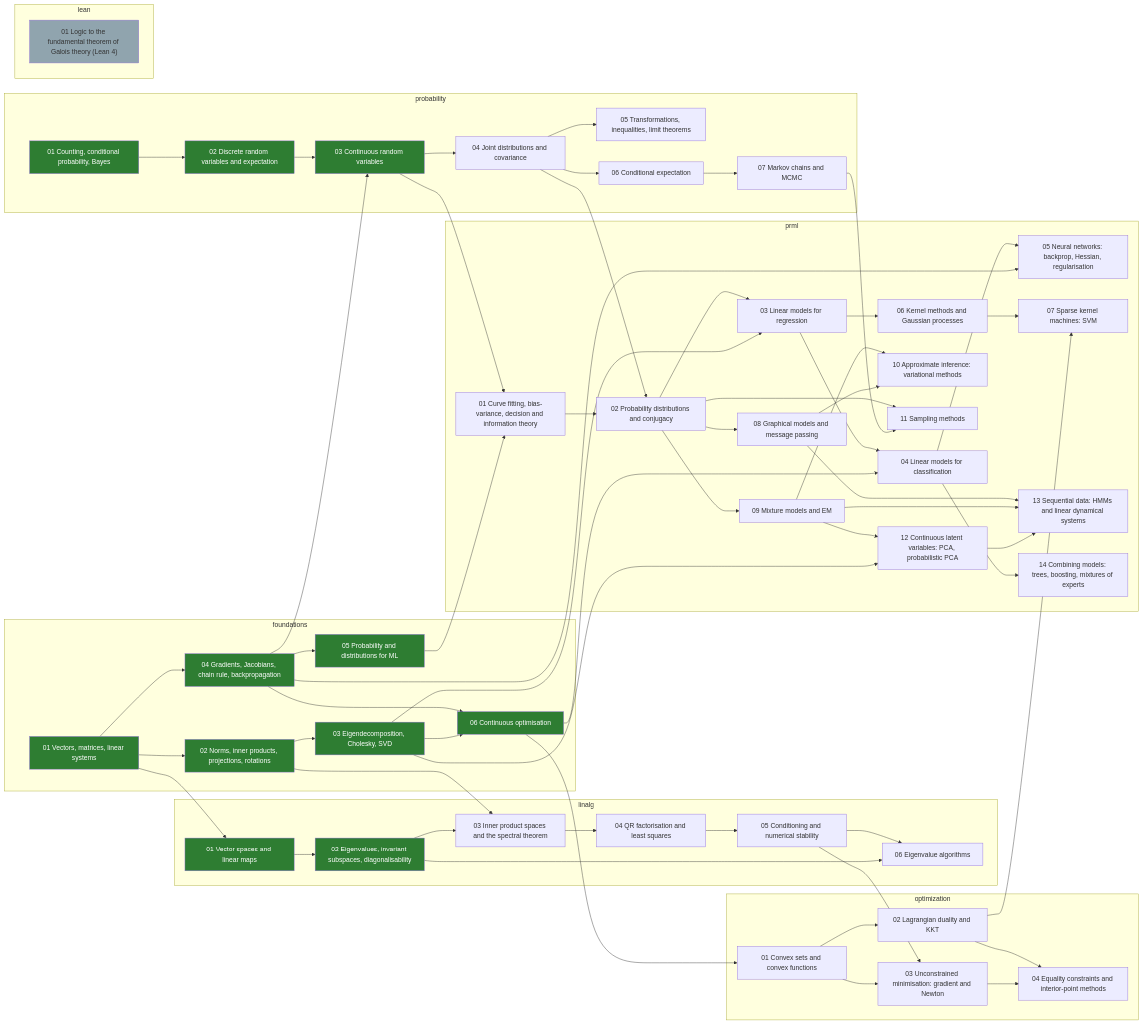
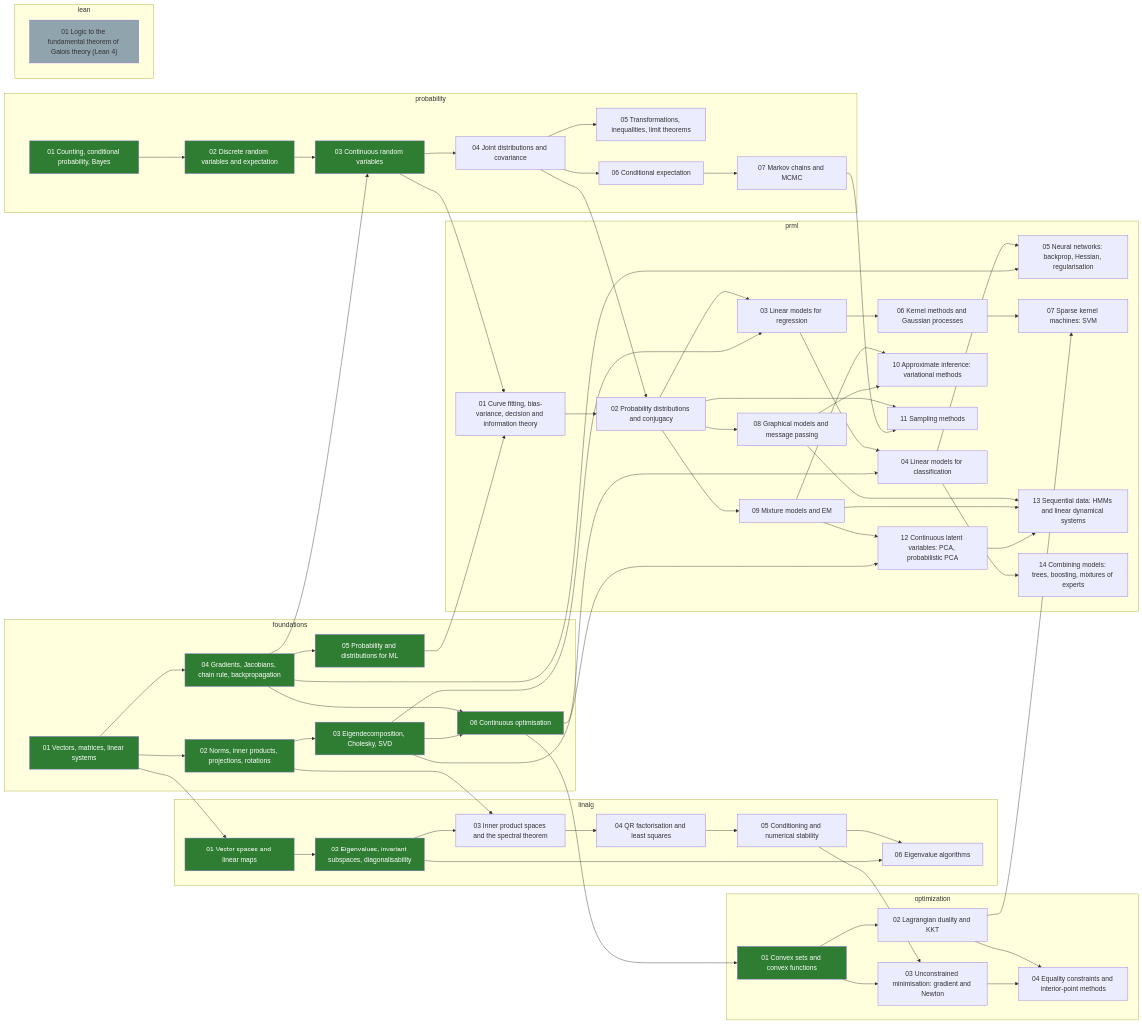
Before and after one commit to alektebel/learn-stuff-from-scratch: the diagram in skill-tree/README.md, drawn with Mermaid. The commit also changed other lines of this file and 8 other files, not shown here.

First line of the commit message:
math: build optimization-01-convexity

```diff
--- a/skill-tree/README.md
+++ b/skill-tree/README.md
@@ -95,7 +95,7 @@
     probability-07-markov-chains-mcmc["07 Markov chains and MCMC"]
   end
   subgraph optimization
-    optimization-01-convexity["01 Convex sets and convex functions"]
+    optimization-01-convexity["01 Convex sets and convex functions"]:::done
     optimization-02-duality["02 Lagrangian duality and KKT"]
     optimization-03-unconstrained["03 Unconstrained minimisation: gradient and Newton"]
     optimization-04-interior-point["04 Equality constraints and interior-point methods"]
```
